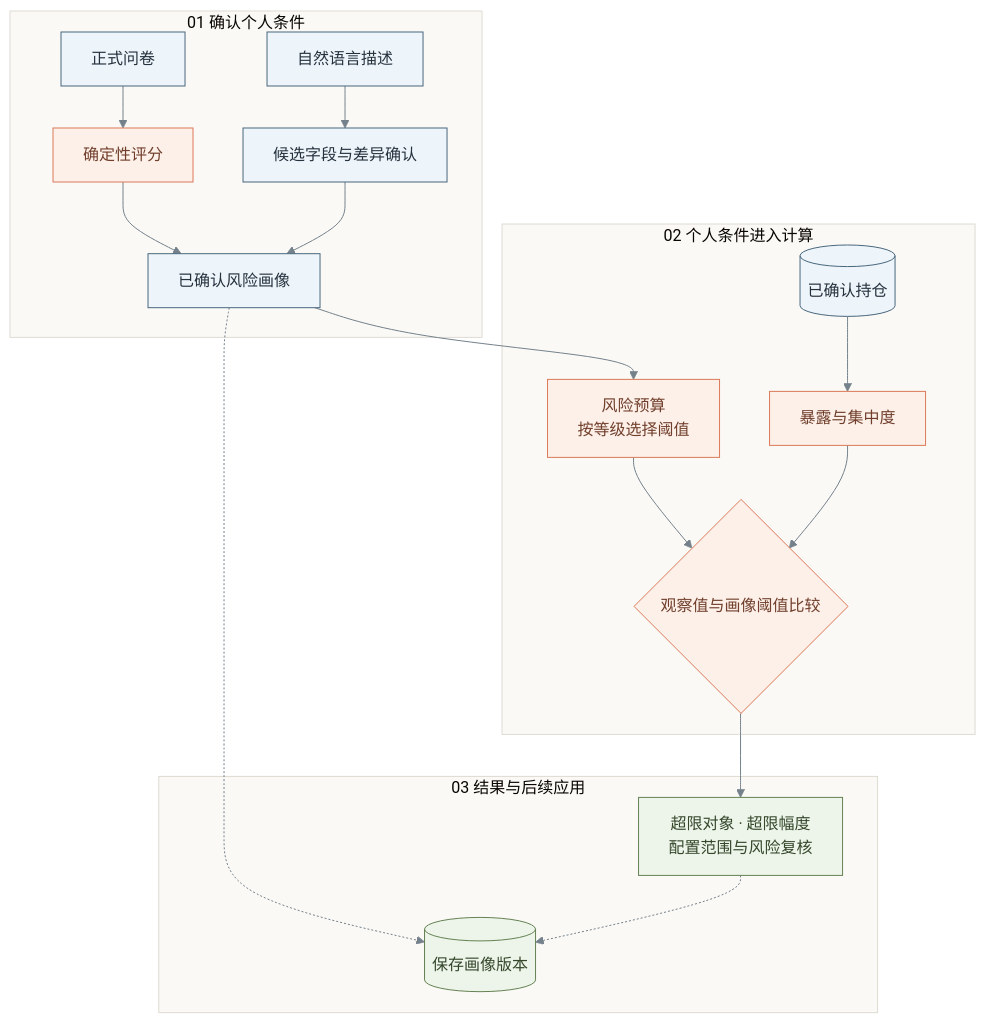
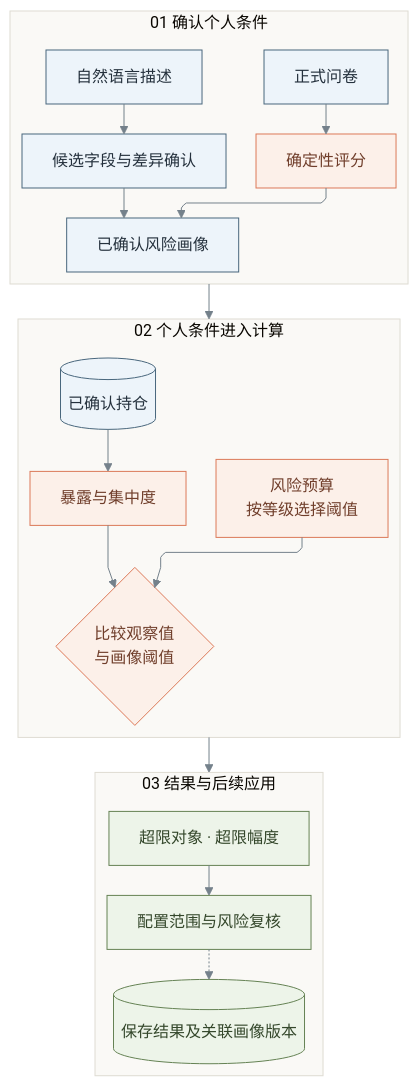
Before and after one commit to 1917173927/prism: the third of 8 diagrams in docs/submission/competition-technical-solution.md, drawn with Mermaid. The commit also changed other lines of this file and 9 other files, not shown here.

Commit message:
docs: 优化技术图的竖向布局与连线

````diff
--- a/docs/submission/competition-technical-solution.md
+++ b/docs/submission/competition-technical-solution.md
@@ -281,27 +302,31 @@
 ```mermaid
-%%{init: {"theme":"base","themeVariables":{"fontFamily":"Microsoft YaHei, sans-serif","lineColor":"#74818b","clusterBkg":"#faf9f6","clusterBorder":"#dedbd2"},"flowchart":{"curve":"basis","rankSpacing":42}}}%%
-flowchart TD
+%%{init: {"theme":"base","themeVariables":{"fontFamily":"Microsoft YaHei, sans-serif","lineColor":"#74818b","edgeLabelBackground":"#faf9f6","clusterBkg":"#faf9f6","clusterBorder":"#dedbd2"},"flowchart":{"curve":"linear","nodeSpacing":36,"rankSpacing":48}}}%%
+flowchart-elk TD
     subgraph CONFIRM[01 确认个人条件]
+    direction TB
     A[正式问卷] --> B[确定性评分]
     C[自然语言描述] --> D[候选字段与差异确认]
     B --> E[已确认风险画像]
     D --> E
     end
     subgraph CALC[02 个人条件进入计算]
-    E --> F[风险预算<br/>按等级选择阈值]
+    direction TB
+    F[风险预算<br/>按等级选择阈值]
     G[(已确认持仓)] --> H[暴露与集中度]
-    F --> I{观察值与画像阈值比较}
+    F --> I{比较观察值<br/>与画像阈值}
     H --> I
     end
     subgraph USE[03 结果与后续应用]
-    I --> J[超限对象 · 超限幅度<br/>配置范围与风险复核]
-    E -.-> K[(保存画像版本)]
-    J -.-> K
+    direction TB
+    J[超限对象 · 超限幅度] --> L[配置范围与风险复核]
+    L -.-> K[(保存结果及关联画像版本)]
     end
+    CONFIRM --> CALC
+    CALC --> USE
     classDef input fill:#edf4fa,stroke:#49677d,color:#25313d
     classDef compute fill:#fcf0e9,stroke:#dc7958,color:#703e2b
     classDef result fill:#edf4e9,stroke:#658254,color:#34472b
     class A,C,D,E,G input
     class B,F,H,I compute
-    class J,K result
+    class J,K,L result
 ```
````
